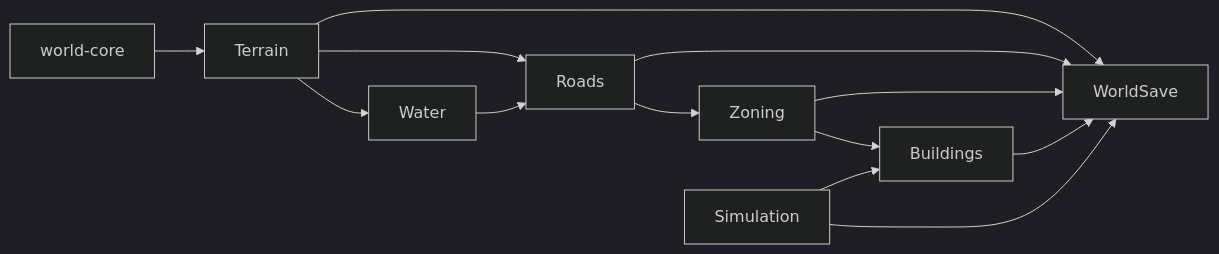
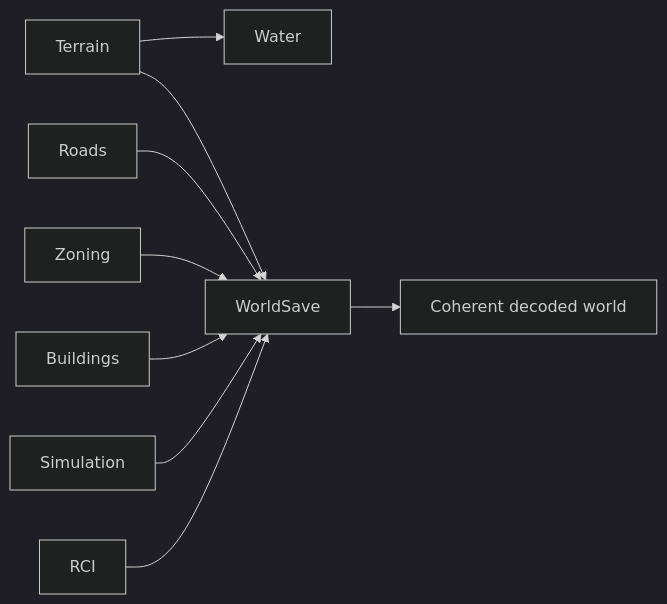
One commit to petechatchawan/web-three-city changed the diagram in docs/systems/world/README.md. Above: the diagram before and after it, drawn with Mermaid (dark theme). The commit also changed other lines of this file, not shown here.

Commit message:
docs(world): document world save v5 foundation

````diff
--- a/docs/systems/world/README.md
+++ b/docs/systems/world/README.md
@@ -44,15 +45,11 @@
 ```mermaid
 flowchart LR
-  Config[world-core] --> Terrain
   Terrain --> Water
-  Terrain --> Roads
-  Water --> Roads
-  Roads --> Zoning
-  Zoning --> Buildings
-  Simulation --> Buildings
   Terrain --> WorldSave
   Roads --> WorldSave
   Zoning --> WorldSave
   Buildings --> WorldSave
   Simulation --> WorldSave
+  RCI --> WorldSave
+  WorldSave --> DecodedWorld[Coherent decoded world]
 ```
````
